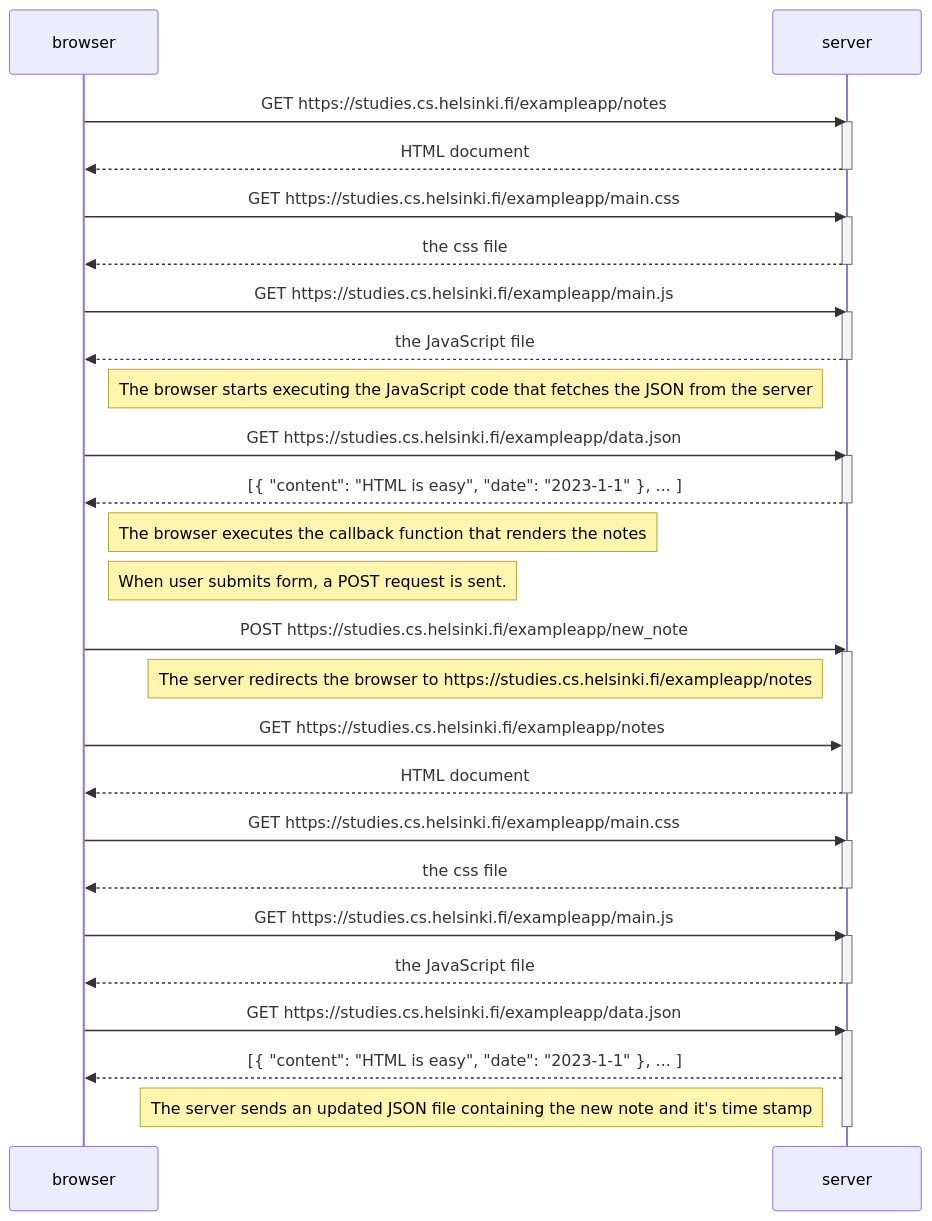
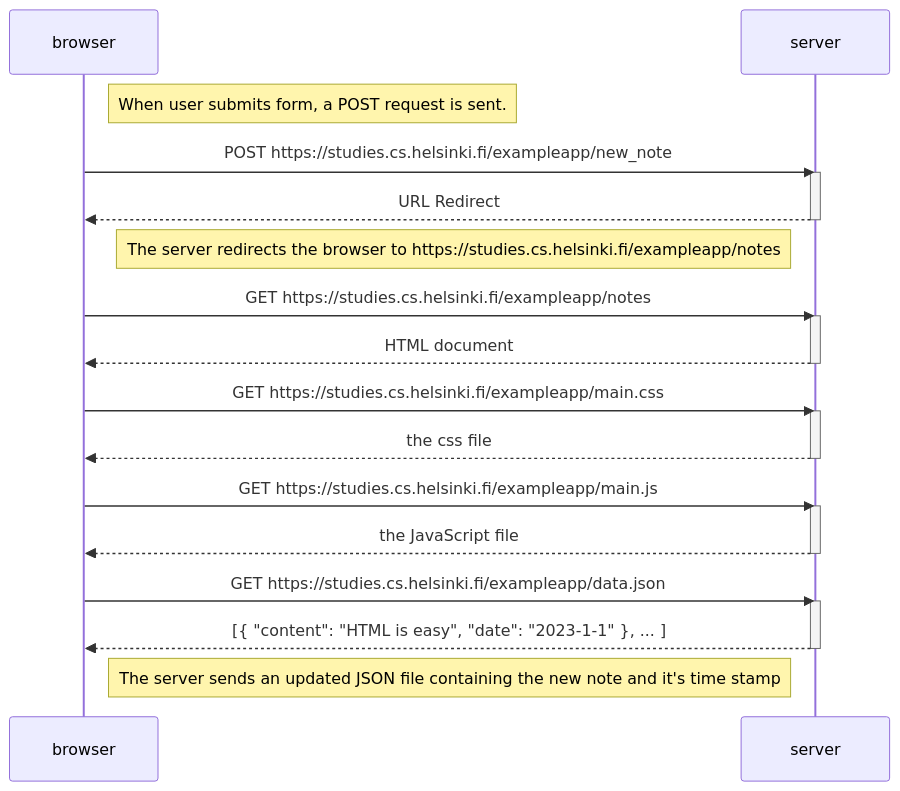
Before and after one commit to adi-tyasingh/Full-Stack-Open: the diagram in part0/new-note.md, drawn with Mermaid.

Commit message:
updated sequence diagram

````diff
--- a/part0/new-note.md
+++ b/part0/new-note.md
@@ -1,43 +1,29 @@
 ```Mermaid
     sequenceDiagram
         participant browser;
         participant server;
-        browser->>server: GET https://studies.cs.helsinki.fi/exampleapp/notes
-    activate server
-    server-->>browser: HTML document
-    deactivate server
-    browser->>server: GET https://studies.cs.helsinki.fi/exampleapp/main.css
-    activate server
-    server-->>browser: the css file
-    deactivate server
-    browser->>server: GET https://studies.cs.helsinki.fi/exampleapp/main.js
-    activate server
-    server-->>browser: the JavaScript file
-    deactivate server
-    Note right of browser: The browser starts executing the JavaScript code that fetches the JSON from the server
-    browser->>server: GET https://studies.cs.helsinki.fi/exampleapp/data.json
-    activate server
-    server-->>browser: [{ "content": "HTML is easy", "date": "2023-1-1" }, ... ]
-    deactivate server
-    Note right of browser: The browser executes the callback function that renders the notes
     Note right of browser: When user submits form, a POST request is sent.
     browser->>server: POST https://studies.cs.helsinki.fi/exampleapp/new_note
     activate server
+    server-->>browser: URL Redirect
+    deactivate server 
     Note left of server: The server redirects the browser to https://studies.cs.helsinki.fi/exampleapp/notes
     browser->>server: GET https://studies.cs.helsinki.fi/exampleapp/notes;
+    activate server
     server-->>browser: HTML document
     deactivate server
     browser->>server: GET https://studies.cs.helsinki.fi/exampleapp/main.css
     activate server
     server-->>browser: the css file
     deactivate server
     browser->>server: GET https://studies.cs.helsinki.fi/exampleapp/main.js
     activate server
     server-->>browser: the JavaScript file
     deactivate server
     browser->>server: GET https://studies.cs.helsinki.fi/exampleapp/data.json
     activate server
     server-->>browser: [{ "content": "HTML is easy", "date": "2023-1-1" }, ... ]
+    deactivate server
     Note left of server: The server sends an updated JSON file containing the new note and it's time stamp
-    deactivate server
+    
 ```
````
